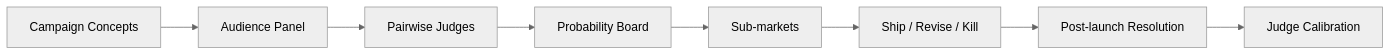
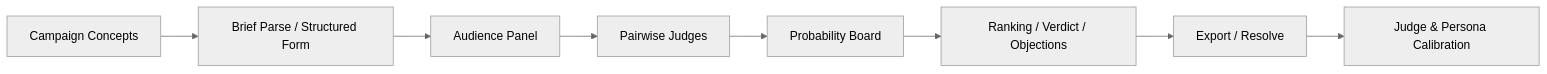
One commit to fantasyslr/MiroFishmoody changed the diagram in README-EN.md. Above: the diagram before and after it, drawn with Mermaid (neutral theme). The commit also changed other lines of this file and 10 other files, not shown here.

Commit message:
docs: refresh release notes and brandiction roadmap

````diff
--- a/README-EN.md
+++ b/README-EN.md
@@ -248,10 +88,10 @@
 ```mermaid
 flowchart LR
-  A["Campaign Concepts"] --> B["Audience Panel"]
-  B --> C["Pairwise Judges"]
-  C --> D["Probability Board"]
-  D --> E["Sub-markets"]
-  E --> F["Ship / Revise / Kill"]
-  F --> G["Post-launch Resolution"]
-  G --> H["Judge Calibration"]
+  A["Campaign Concepts"] --> B["Brief Parse / Structured Form"]
+  B --> C["Audience Panel"]
+  C --> D["Pairwise Judges"]
+  D --> E["Probability Board"]
+  E --> F["Ranking / Verdict / Objections"]
+  F --> G["Export / Resolve"]
+  G --> H["Judge & Persona Calibration"]
 ```
````
